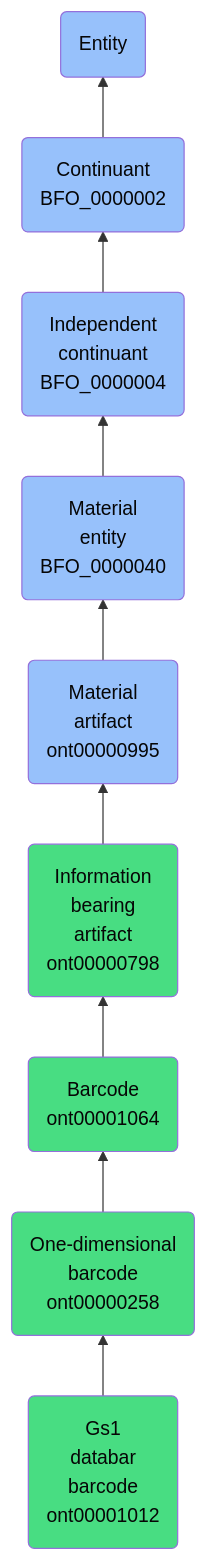
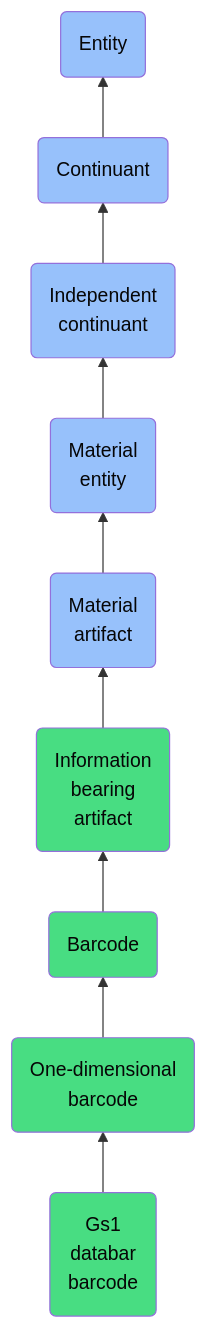
One commit to jupyter-naas/abi changed the diagram in docs/ontology/reference/model/Entity/Continuant/Independent continuant/Material entity/Material artifact/Information bearing artifact/Barcode/One-dimensional barcode/Gs1 databar barcode/Gs1 databar barcode.md. Above: the diagram before and after it, drawn with Mermaid. The commit also changed other lines of this file and 1430 other files, not shown here.

````diff
--- a/docs/ontology/reference/model/Entity/Continuant/Independent continuant/Material entity/Material artifact/Information bearing artifact/Barcode/One-dimensional barcode/Gs1 databar barcode/Gs1 databar barcode.md
+++ b/docs/ontology/reference/model/Entity/Continuant/Independent continuant/Material entity/Material artifact/Information bearing artifact/Barcode/One-dimensional barcode/Gs1 databar barcode/Gs1 databar barcode.md
@@ -24,16 +24,16 @@
 ```mermaid
 graph BT
-    ont00001012(Gs1<br>databar<br>barcode<br>ont00001012):::ABI-->ont00000258
-    ont00000258(One-dimensional<br>barcode<br>ont00000258):::ABI-->ont00001064
-    ont00001064(Barcode<br>ont00001064):::ABI-->ont00000798
-    ont00000798(Information<br>bearing<br>artifact<br>ont00000798):::ABI-->ont00000995
-    ont00000995(Material<br>artifact<br>ont00000995):::BFO-->BFO_0000040
-    BFO_0000040(Material<br>entity<br>BFO_0000040):::BFO-->BFO_0000004
-    BFO_0000004(Independent<br>continuant<br>BFO_0000004):::BFO-->BFO_0000002
-    BFO_0000002(Continuant<br>BFO_0000002):::BFO-->BFO_0000001
+    ont00001012(Gs1<br>databar<br>barcode):::ABI-->ont00000258
+    ont00000258(One-dimensional<br>barcode):::ABI-->ont00001064
+    ont00001064(Barcode):::ABI-->ont00000798
+    ont00000798(Information<br>bearing<br>artifact):::ABI-->ont00000995
+    ont00000995(Material<br>artifact):::BFO-->BFO_0000040
+    BFO_0000040(Material<br>entity):::BFO-->BFO_0000004
+    BFO_0000004(Independent<br>continuant):::BFO-->BFO_0000002
+    BFO_0000002(Continuant):::BFO-->BFO_0000001
     BFO_0000001(Entity):::BFO
     
     classDef BFO fill:#97c1fb,color:#060606
     classDef CCO fill:#e4c51e,color:#060606
     classDef ABI fill:#48DD82,color:#060606
 ```
````
